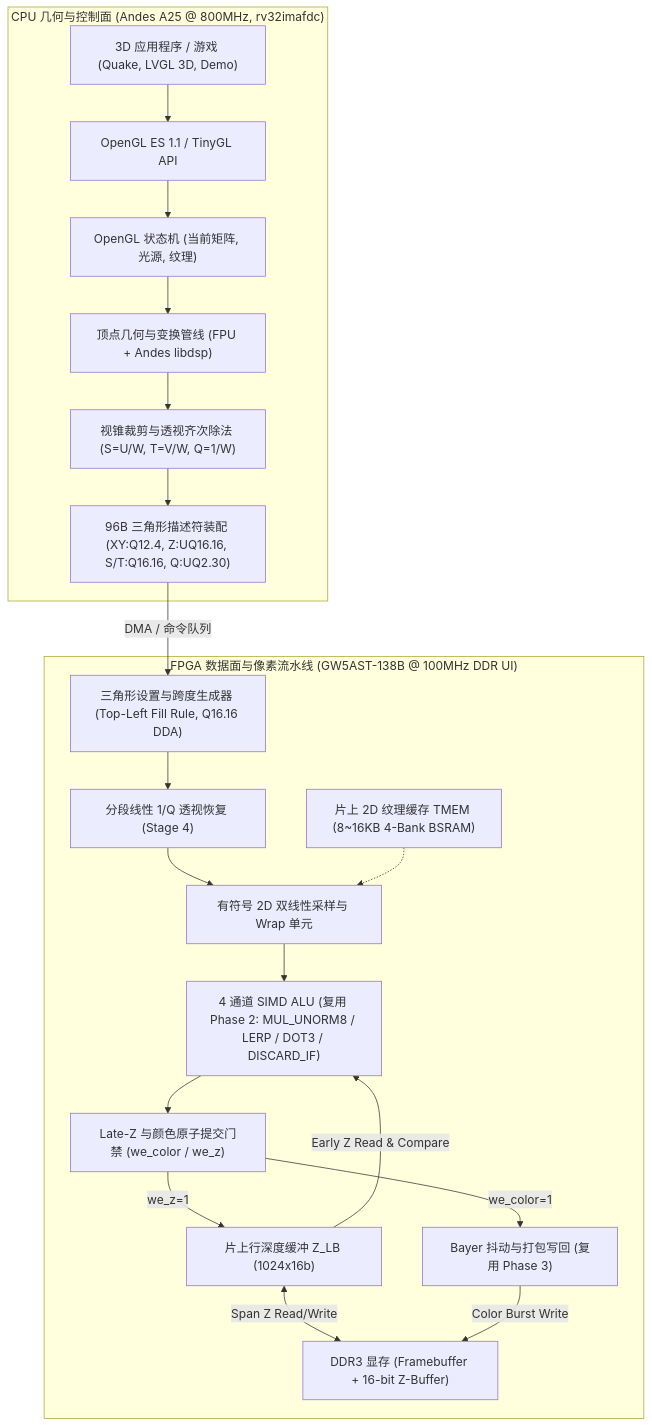
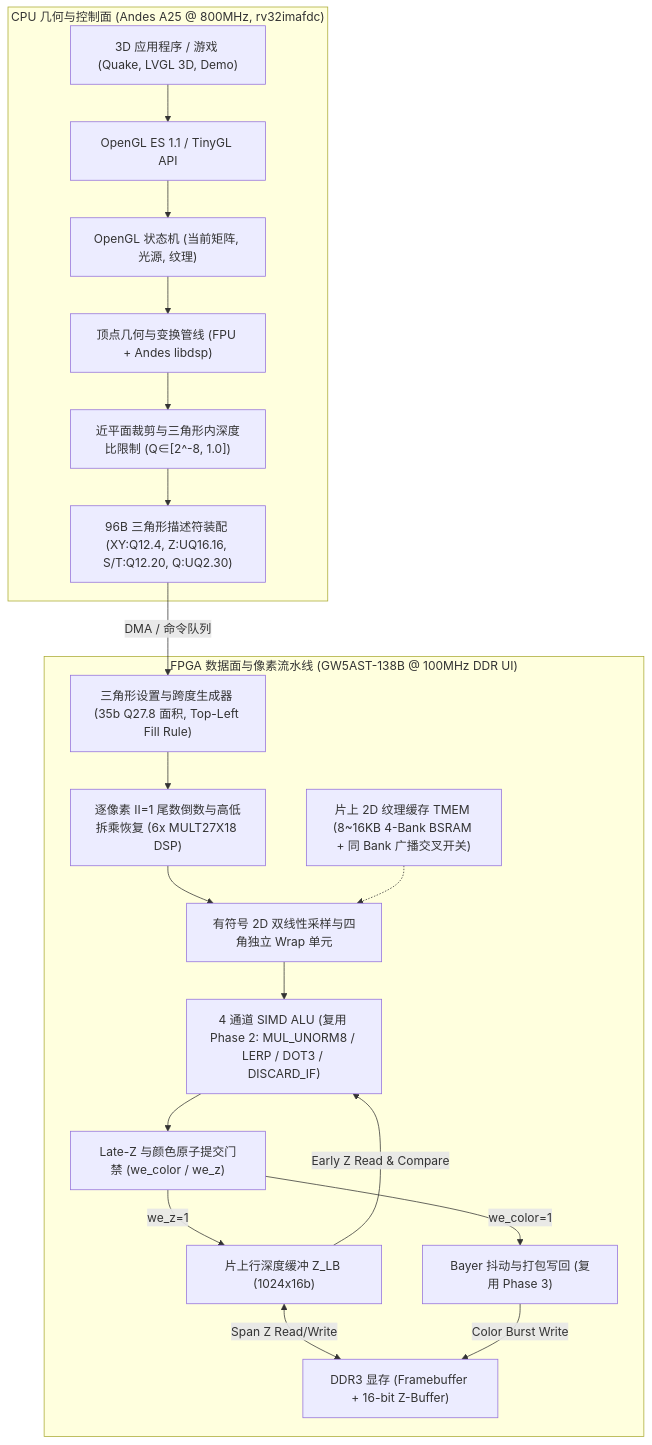
One commit to bearice/riscv-mini changed the first of 3 diagrams in docs/platforms/mega138k_ae350/gfx_3d.md. Above: the diagram before and after it, drawn with Mermaid. The commit also changed other lines of this file, not shown here.

````diff
--- a/docs/platforms/mega138k_ae350/gfx_3d.md
+++ b/docs/platforms/mega138k_ae350/gfx_3d.md
@@ -13,33 +13,33 @@
 ```mermaid
 flowchart TD
     subgraph CPU["CPU 几何与控制面 (Andes A25 @ 800MHz, rv32imafdc)"]
         APP["3D 应用程序 / 游戏 (Quake, LVGL 3D, Demo)"] --> GLES["OpenGL ES 1.1 / TinyGL API"]
         GLES --> STATE["OpenGL 状态机 (当前矩阵, 光源, 纹理)"]
         STATE --> VERTEX["顶点几何与变换管线 (FPU + Andes libdsp)"]
-        VERTEX --> CLIP["视锥裁剪与透视齐次除法 (S=U/W, T=V/W, Q=1/W)"]
-        CLIP --> TRI_EMIT["96B 三角形描述符装配 (XY:Q12.4, Z:UQ16.16, S/T:Q16.16, Q:UQ2.30)"]
+        VERTEX --> CLIP["近平面裁剪与三角形内深度比限制 (Q∈[2^-8, 1.0])"]
+        CLIP --> TRI_EMIT["96B 三角形描述符装配 (XY:Q12.4, Z:UQ16.16, S/T:Q12.20, Q:UQ2.30)"]
     end
 
     TRI_EMIT -->|DMA / 命令队列| RASTER
 
     subgraph FPGA["FPGA 数据面与像素流水线 (GW5AST-138B @ 100MHz DDR UI)"]
-        RASTER["三角形设置与跨度生成器 (Top-Left Fill Rule, Q16.16 DDA)"]
-        PERSP["分段线性 1/Q 透视恢复 (Stage 4)"]
-        TMEM["片上 2D 纹理缓存 TMEM (8~16KB 4-Bank BSRAM)"]
-        SAMPLER["有符号 2D 双线性采样与 Wrap 单元"]
+        RASTER["三角形设置与跨度生成器 (35b Q27.8 面积, Top-Left Fill Rule)"]
+        PERSP["逐像素 II=1 尾数倒数与高低拆乘恢复 (6x MULT27X18 DSP)"]
+        TMEM["片上 2D 纹理缓存 TMEM (8~16KB 4-Bank BSRAM + 同 Bank 广播交叉开关)"]
+        SAMPLER["有符号 2D 双线性采样与四角独立 Wrap 单元"]
         ZLB["片上行深度缓冲 Z_LB (1024x16b)"]
         SIMD["4 通道 SIMD ALU (复用 Phase 2: MUL_UNORM8 / LERP / DOT3 / DISCARD_IF)"]
         COMMIT["Late-Z 与颜色原子提交门禁 (we_color / we_z)"]
         PACKER["Bayer 抖动与打包写回 (复用 Phase 3)"]
         DDR3["DDR3 显存 (Framebuffer + 16-bit Z-Buffer)"]
 
         RASTER --> PERSP --> SAMPLER
         TMEM -.-> SAMPLER
         ZLB -->|Early Z Read & Compare| SIMD
         SAMPLER --> SIMD --> COMMIT
         COMMIT -->|we_z=1| ZLB
         COMMIT -->|we_color=1| PACKER
         ZLB <-->|Span Z Read/Write| DDR3
         PACKER -->|Color Burst Write| DDR3
     end
 ```
````
